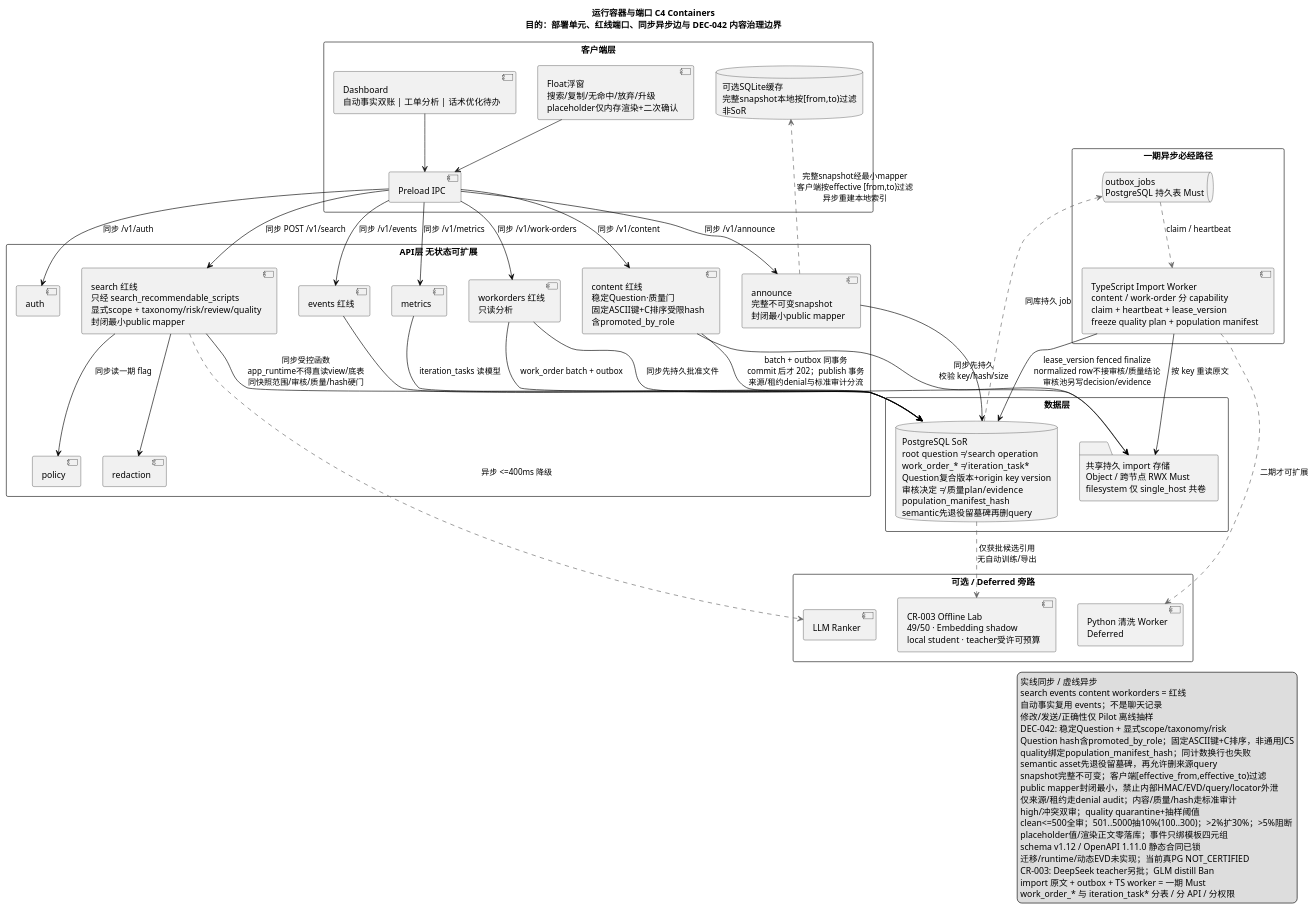
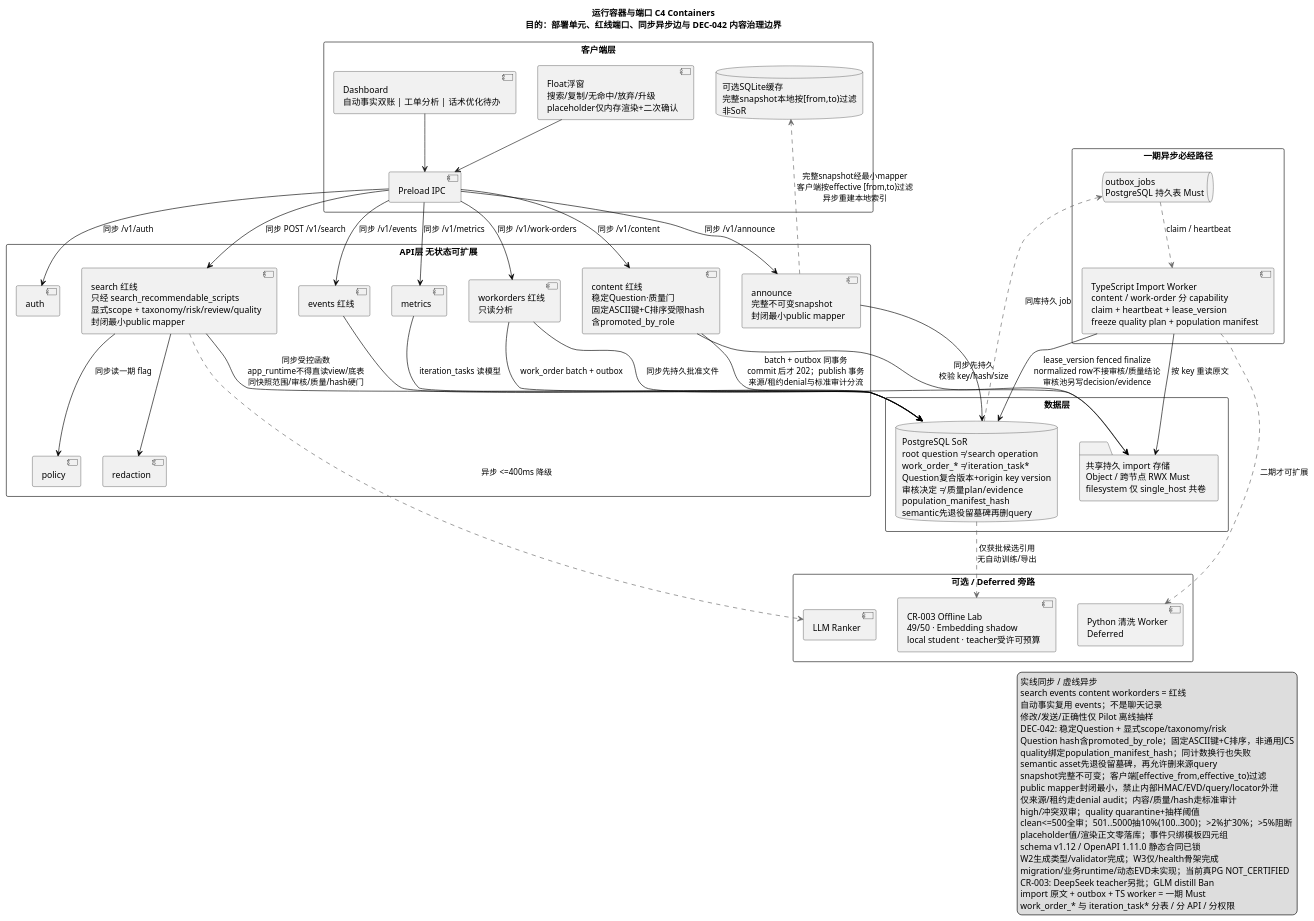
The diagram in business-docs/01-客服Agent项目/20-设计-进行中/diagrams/02-运行容器与端口.puml (weiweity/tianyuan-ai-brief), drawn with PlantUML before and after one commit. The commit also changed 31 other files, not shown here.

```diff
--- a/business-docs/01-客服Agent项目/20-设计-进行中/diagrams/02-运行容器与端口.puml
+++ b/business-docs/01-客服Agent项目/20-设计-进行中/diagrams/02-运行容器与端口.puml
@@ -1,91 +1,92 @@
 @startuml
 skinparam shadowing false
 title 运行容器与端口 C4 Containers\n目的：部署单元、红线端口、同步异步边与 DEC-042 内容治理边界
 
 rectangle "客户端层" {
   [Float浮窗\n搜索/复制/无命中/放弃/升级\nplaceholder仅内存渲染+二次确认] as Float
   [Dashboard\n自动事实双账 | 工单分析 | 话术优化待办] as Dash
   [Preload IPC] as IPC
   database "可选SQLite缓存\n完整snapshot本地按[from,to)过滤\n非SoR" as Cache
 }
 
 rectangle "API层 无状态可扩展" {
   [auth] as Auth
   [search 红线\n只经 search_recommendable_scripts\n显式scope + taxonomy/risk/review/quality\n封闭最小public mapper] as Search
   [events 红线] as Events
   [metrics] as Metrics
   [workorders 红线\n只读分析] as WorkOrders
   [content 红线\n稳定Question·质量门\n固定ASCII键+C排序受限hash\n含promoted_by_role] as Content
   [announce\n完整不可变snapshot\n封闭最小public mapper] as Announce
   [policy] as Policy
   [redaction] as Redact
 }
 
 rectangle "数据层" {
   database "PostgreSQL SoR\nroot question ≠ search operation\nwork_order_* ≠ iteration_task*\nQuestion复合版本+origin key version\n审核决定 ≠ 质量plan/evidence\npopulation_manifest_hash\nsemantic先退役留墓碑再删query" as PG
   folder "共享持久 import 存储\nObject / 跨节点 RWX Must\nfilesystem 仅 single_host 共卷" as OBJ
 }
 
 rectangle "一期异步必经路径" {
   queue "outbox_jobs\nPostgreSQL 持久表 Must" as Outbox
     [TypeScript Import Worker\ncontent / work-order 分 capability\nclaim + heartbeat + lease_version\nfreeze quality plan + population manifest] as ImportWorker
 }
 
 rectangle "可选 / Deferred 旁路" {
   [LLM Ranker] as LLM
   [Python 清洗 Worker\nDeferred] as CleanWorker
   [CR-003 Offline Lab\n49/50 · Embedding shadow\nlocal student · teacher受许可预算] as OfflineLab
 }
 
 Float --> IPC
 Dash --> IPC
 IPC -[#000000]-> Auth : 同步 /v1/auth
 IPC -[#000000]-> Search : 同步 POST /v1/search
 IPC -[#000000]-> Events : 同步 /v1/events
 IPC -[#000000]-> Metrics : 同步 /v1/metrics
 IPC -[#000000]-> WorkOrders : 同步 /v1/work-orders
 IPC -[#000000]-> Content : 同步 /v1/content
 IPC -[#000000]-> Announce : 同步 /v1/announce
 
 Search -[#000000]-> Redact
 Search -[#000000]-> Policy : 同步读一期 flag
 Search -[#000000]-> PG : 同步受控函数\napp_runtime不得直读view/底表\n同快照范围/审核/质量/hash硬门
 Events -[#000000]-> PG
 Metrics -[#000000]-> PG : iteration_tasks 读模型
 WorkOrders -[#000000]-> OBJ : 同步先持久批准文件
 WorkOrders -[#000000]-> PG : work_order batch + outbox
 Content -[#000000]-> OBJ : 同步先持久\n校验 key/hash/size
 Content -[#000000]-> PG : batch + outbox 同事务\ncommit 后才 202；publish 事务\n来源/租约denial与标准审计分流
 Announce -[#000000]-> PG
 
 Search -[#666666,dashed]-> LLM : 异步 <=400ms 降级
 PG -[#666666,dashed]-> Outbox : 同库持久 job
 Outbox -[#666666,dashed]-> ImportWorker : claim / heartbeat
 ImportWorker -[#000000]-> OBJ : 按 key 重读原文
 ImportWorker -[#000000]-> PG : lease_version fenced finalize\nnormalized row不接审核/质量结论\n审核池另写decision/evidence
 ImportWorker -[#666666,dashed]-> CleanWorker : 二期才可扩展
 Announce -[#666666,dashed]-> Cache : 完整snapshot经最小mapper\n客户端按effective [from,to)过滤\n异步重建本地索引
 PG -[#666666,dashed]-> OfflineLab : 仅获批候选引用\n无自动训练/导出
 
 legend right
   实线同步 / 虚线异步
   search events content workorders = 红线
   自动事实复用 events；不是聊天记录
   修改/发送/正确性仅 Pilot 离线抽样
   DEC-042: 稳定Question + 显式scope/taxonomy/risk
   Question hash含promoted_by_role；固定ASCII键+C排序，非通用JCS
   quality绑定population_manifest_hash；同计数换行也失败
   semantic asset先退役留墓碑，再允许删来源query
   snapshot完整不可变；客户端[effective_from,effective_to)过滤
   public mapper封闭最小，禁止内部HMAC/EVD/query/locator外泄
   仅来源/租约走denial audit；内容/质量/hash走标准审计
   high/冲突双审；quality quarantine+抽样阈值
   clean<=500全审；501..5000抽10%(100..300)；>2%扩30%；>5%阻断
   placeholder值/渲染正文零落库；事件只绑模板四元组
   schema v1.12 / OpenAPI 1.11.0 静态合同已锁
-  迁移/runtime/动态EVD未实现；当前真PG NOT_CERTIFIED
+  W2生成类型/validator完成；W3仅/health骨架完成
+  migration/业务runtime/动态EVD未实现；当前真PG NOT_CERTIFIED
   CR-003: DeepSeek teacher另批；GLM distill Ban
   import 原文 + outbox + TS worker = 一期 Must
   work_order_* 与 iteration_task* 分表 / 分 API / 分权限
 endlegend
 @enduml
```
